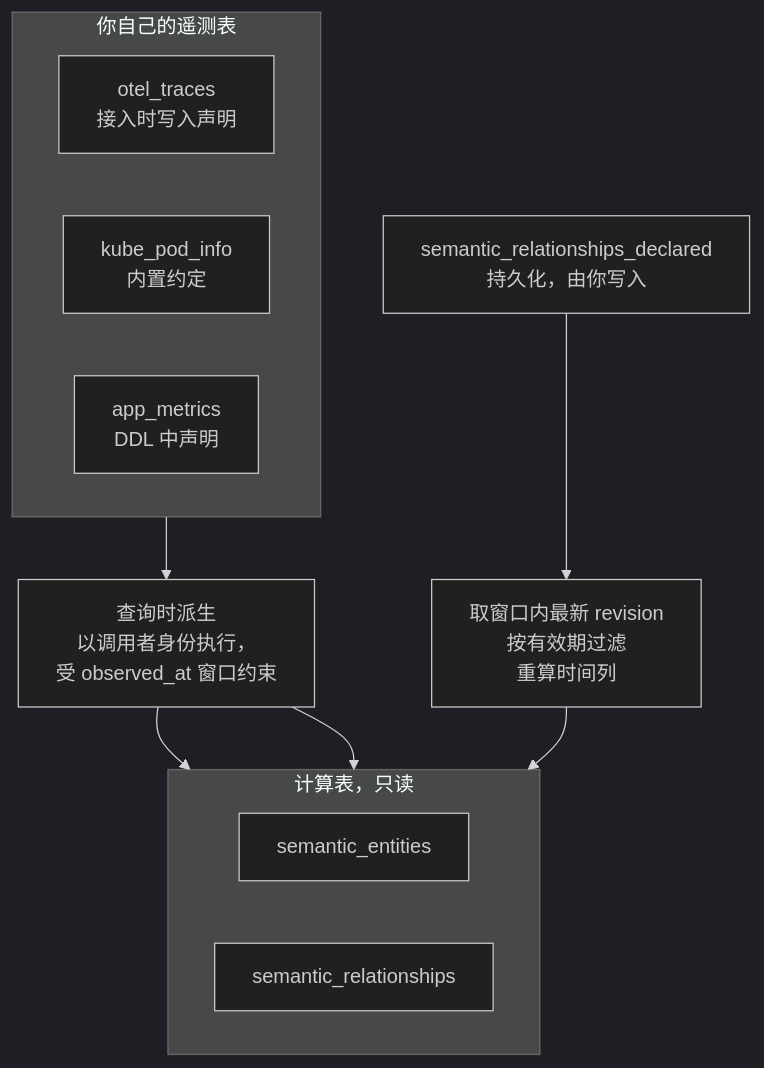
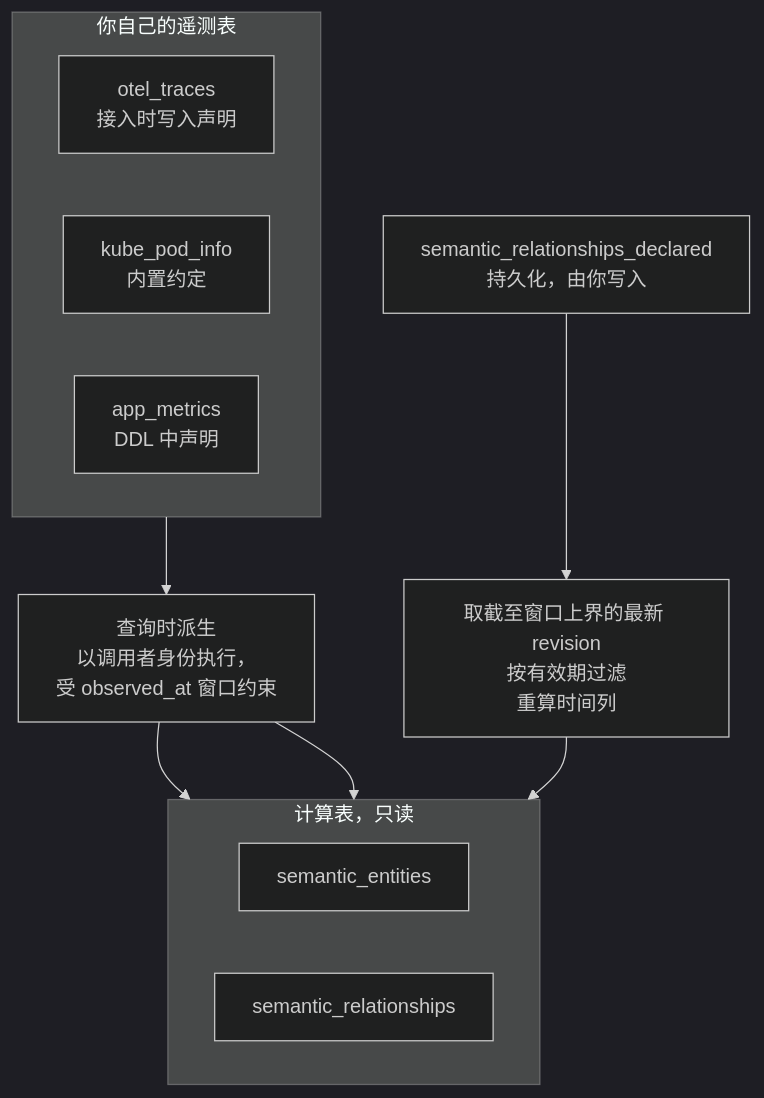
One commit to GreptimeTeam/docs changed the diagram in i18n/zh/docusaurus-plugin-content-docs/current/user-guide/concepts/semantic-layer.md. Above: the diagram before and after it, drawn with Mermaid (dark theme). The commit also changed other lines of this file and 3 other files, not shown here.

````diff
--- a/i18n/zh/docusaurus-plugin-content-docs/current/user-guide/concepts/semantic-layer.md
+++ b/i18n/zh/docusaurus-plugin-content-docs/current/user-guide/concepts/semantic-layer.md
@@ -54,25 +54,25 @@
 ```mermaid
 flowchart TB
     subgraph SRC["你自己的遥测表"]
         direction LR
         T1["otel_traces<br/>接入时写入声明"]
         T2["kube_pod_info<br/>内置约定"]
         T3["app_metrics<br/>DDL 中声明"]
     end
 
     DECL["semantic_relationships_declared<br/>持久化，由你写入"]
     DER["查询时派生<br/>以调用者身份执行，<br/>受 observed_at 窗口约束"]
-    RES["取窗口内最新 revision<br/>按有效期过滤<br/>重算时间列"]
+    RES["取截至窗口上界的最新 revision<br/>按有效期过滤<br/>重算时间列"]
 
     subgraph OUT["计算表，只读"]
         direction LR
         E["semantic_entities"]
         R["semantic_relationships"]
     end
 
     SRC --> DER
     DECL --> RES
     DER --> E
     DER --> R
     RES --> R
 ```
````
